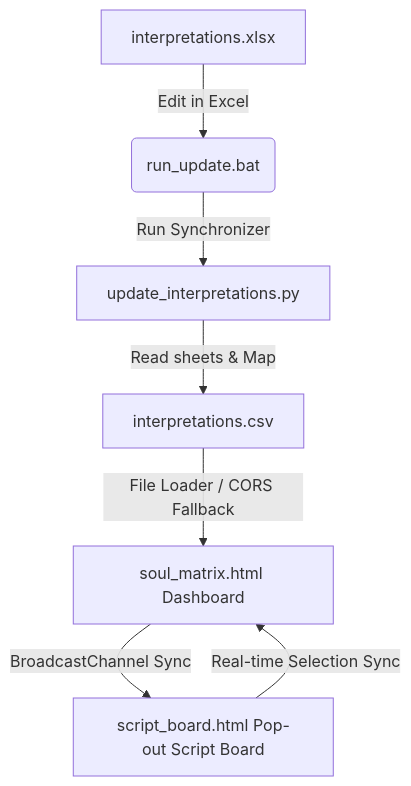
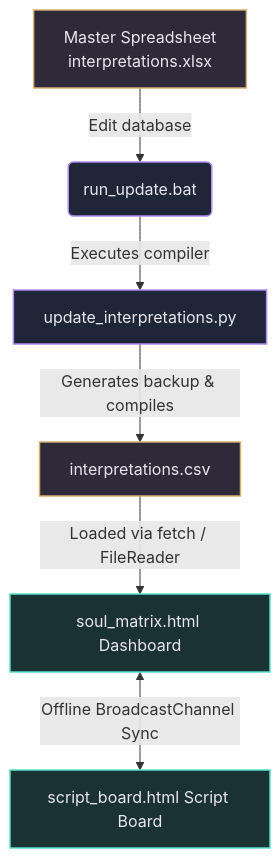
Before and after one commit to AhmadHassan-BTed/SoulMatrix: the first of 5 diagrams in README.md, drawn with Mermaid. The commit also changed other lines of this file and 2 other files, not shown here.

Commit message:
Beautify README with professional charts and badges, clean AI comments from source codes, and attribute project creator credit to Ahmad Hassan (B-Ted)

````diff
--- a/README.md
+++ b/README.md
@@ -45,9 +56,12 @@
 ```mermaid
 graph TD
-    A[interpretations.xlsx] -- Edit in Excel --> B(run_update.bat)
-    B -- Run Synchronizer --> C[update_interpretations.py]
-    C -- Read sheets & Map --> D[interpretations.csv]
-    D -- File Loader / CORS Fallback --> E[soul_matrix.html Dashboard]
-    E -- BroadcastChannel Sync --> F[script_board.html Pop-out Script Board]
-    F -- Real-time Selection Sync --> E
+    classDef file fill:#2e2a3a,stroke:#d4af6e,stroke-width:1.5px,color:#eae6f0;
+    classDef script fill:#1e2638,stroke:#b088f0,stroke-width:1.5px,color:#eae6f0;
+    classDef ui fill:#1b3233,stroke:#5cdec8,stroke-width:1.5px,color:#eae6f0;
+
+    xlsx[Master Spreadsheet<br>interpretations.xlsx]:::file -->|Edit database| bat_sync(run_update.bat):::script
+    bat_sync -->|Executes compiler| py_sync[update_interpretations.py]:::script
+    py_sync -->|Generates backup & compiles| csv_db[interpretations.csv]:::file
+    csv_db -->|Loaded via fetch / FileReader| main_app[soul_matrix.html Dashboard]:::ui
+    main_app <-->|Offline BroadcastChannel Sync| script_board[script_board.html Script Board]:::ui
 ```
````
